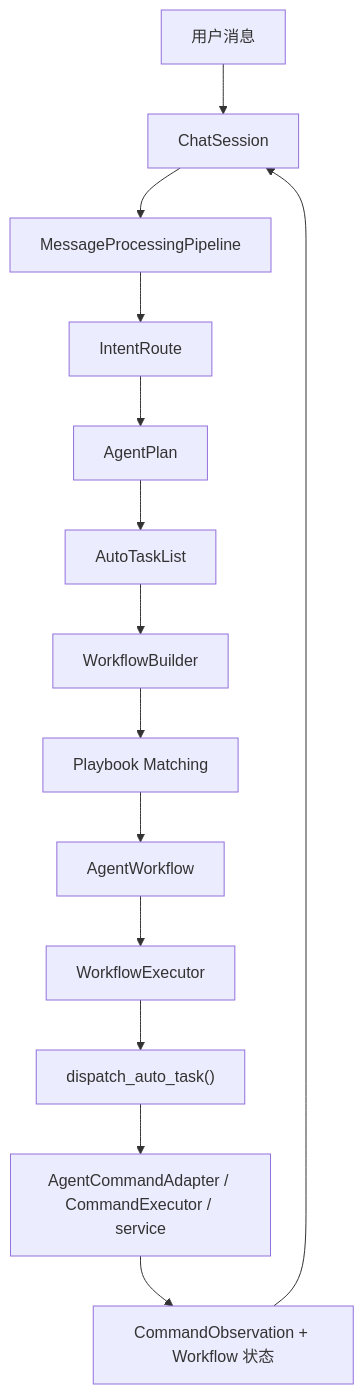
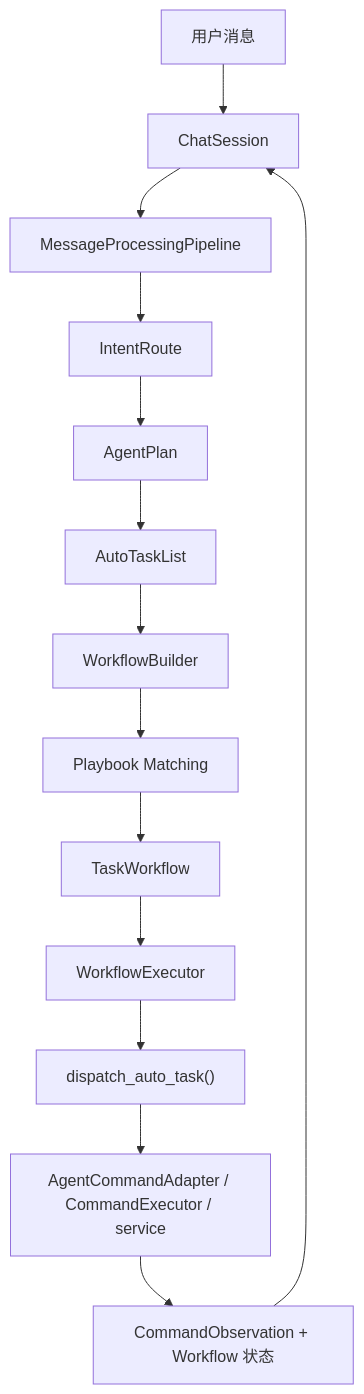
One commit to ClassRobot/ClassRobot changed the diagram in docs/guides/agent-module.md. Above: the diagram before and after it, drawn with Mermaid. The commit also changed other lines of this file and 319 other files, not shown here.

````diff
--- a/docs/guides/agent-module.md
+++ b/docs/guides/agent-module.md
@@ -79,16 +79,16 @@
 ```mermaid
 flowchart TD
     A["用户消息"] --> B["ChatSession"]
     B --> C["MessageProcessingPipeline"]
     C --> D["IntentRoute"]
     D --> E["AgentPlan"]
     E --> F["AutoTaskList"]
     F --> G["WorkflowBuilder"]
     G --> H["Playbook Matching"]
-    H --> I["AgentWorkflow"]
+    H --> I["TaskWorkflow"]
     I --> J["WorkflowExecutor"]
     J --> K["dispatch_auto_task()"]
     K --> L["AgentCommandAdapter / CommandExecutor / service"]
     L --> M["CommandObservation + Workflow 状态"]
     M --> B
 ```
````
